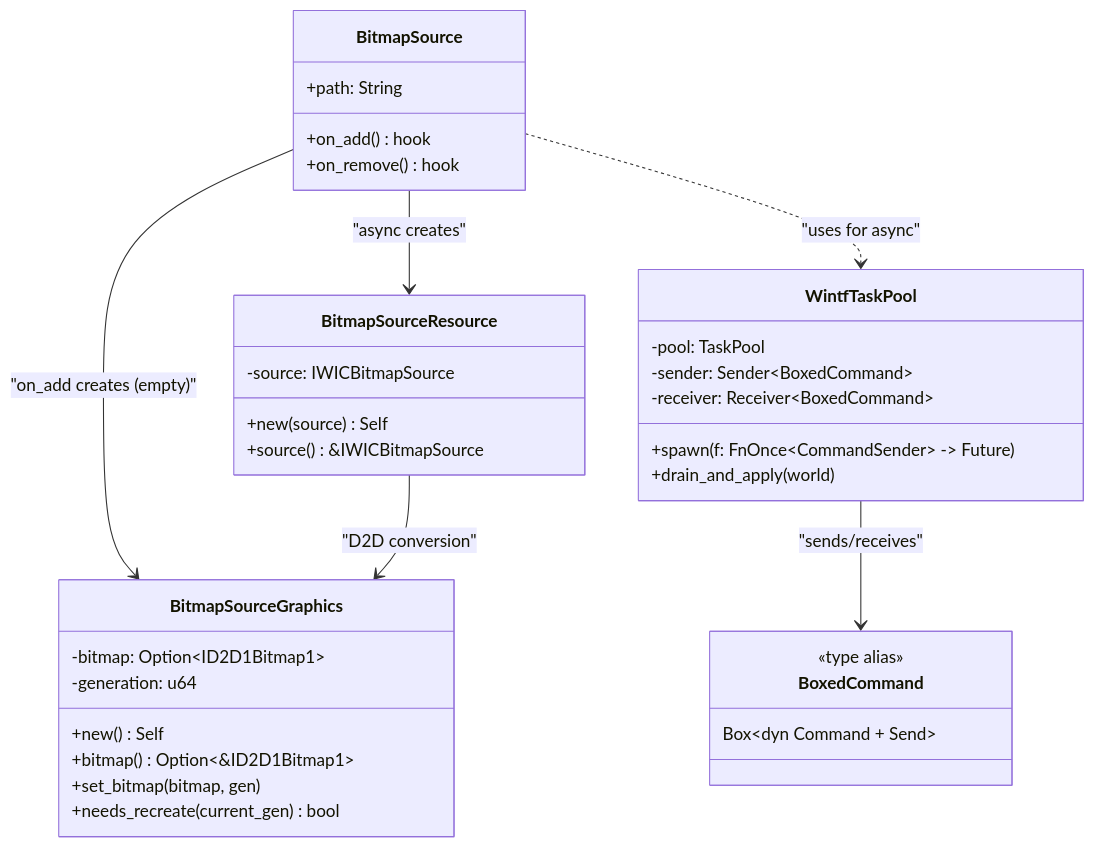
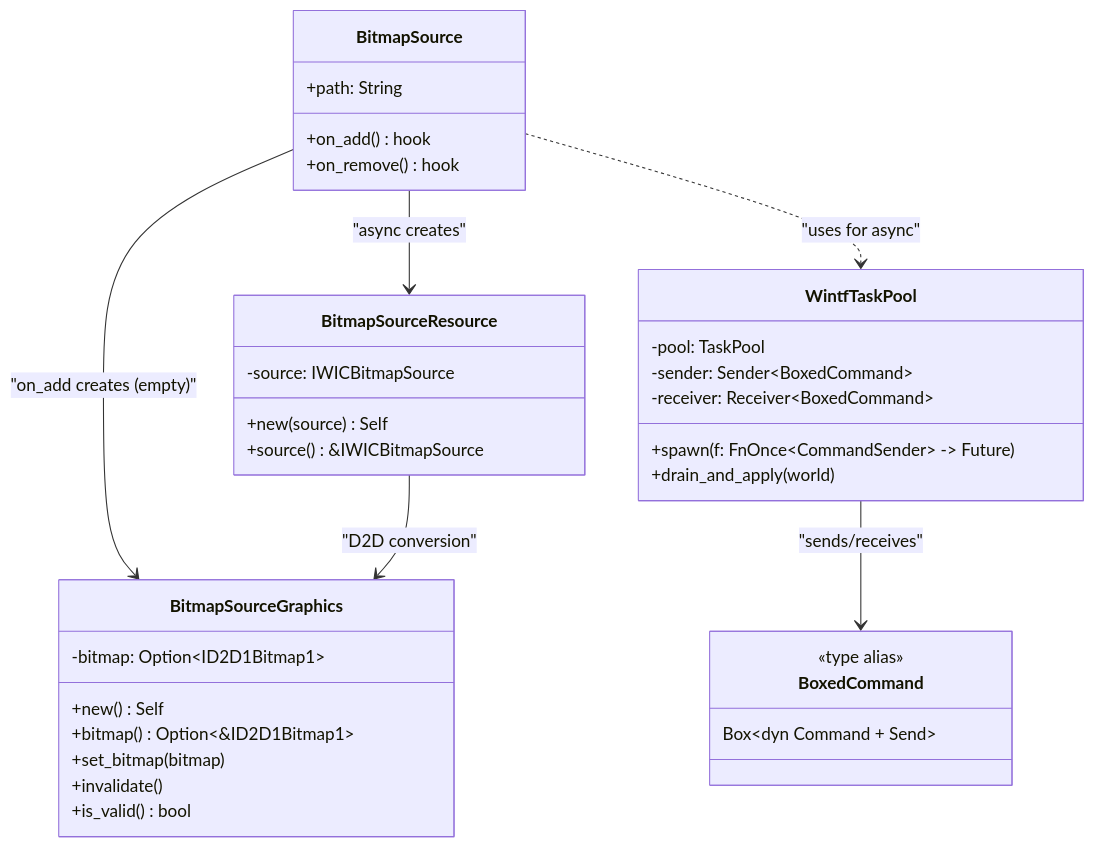
The second of 6 diagrams in .kiro/specs/wintf-P0-image-widget/design.md (ekicyou/dcomp_sample-rs), drawn with Mermaid before and after one commit. The commit also changed other lines of this file and 1 other file, not shown here.

````diff
--- a/.kiro/specs/wintf-P0-image-widget/design.md
+++ b/.kiro/specs/wintf-P0-image-widget/design.md
@@ -58,42 +58,42 @@
 ```mermaid
 classDiagram
     class BitmapSource {
         +path: String
         +on_add() hook
         +on_remove() hook
     }
     
     class BitmapSourceResource {
         -source: IWICBitmapSource
         +new(source) Self
         +source() &IWICBitmapSource
     }
     
     class BitmapSourceGraphics {
         -bitmap: Option~ID2D1Bitmap1~
-        -generation: u64
         +new() Self
         +bitmap() Option~&ID2D1Bitmap1~
-        +set_bitmap(bitmap, gen)
-        +needs_recreate(current_gen) bool
+        +set_bitmap(bitmap)
+        +invalidate()
+        +is_valid() bool
     }
     
     class WintfTaskPool {
         -pool: TaskPool
         -sender: Sender~BoxedCommand~
         -receiver: Receiver~BoxedCommand~
         +spawn(f: FnOnce~CommandSender~ -> Future)
         +drain_and_apply(world)
     }
     
     class BoxedCommand {
         <<type alias>>
         Box~dyn Command + Send~
     }
     
     BitmapSource --> BitmapSourceResource : "async creates"
     BitmapSource --> BitmapSourceGraphics : "on_add creates (empty)"
     BitmapSourceResource --> BitmapSourceGraphics : "D2D conversion"
     BitmapSource ..> WintfTaskPool : "uses for async"
     WintfTaskPool --> BoxedCommand : "sends/receives"
 ```
````
